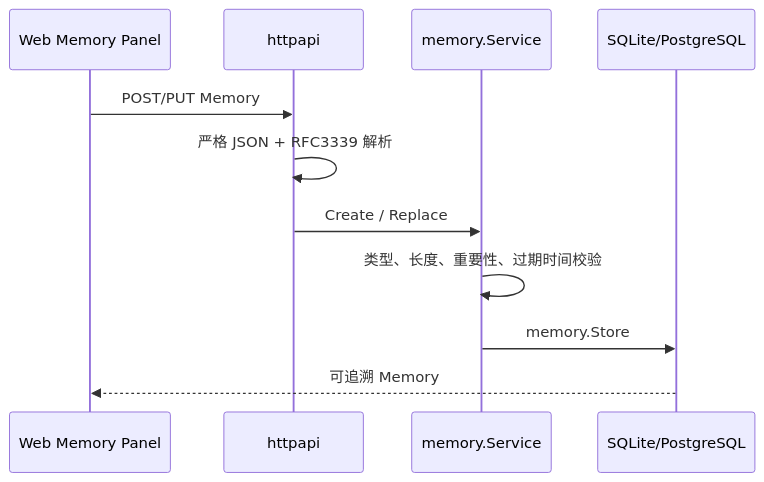
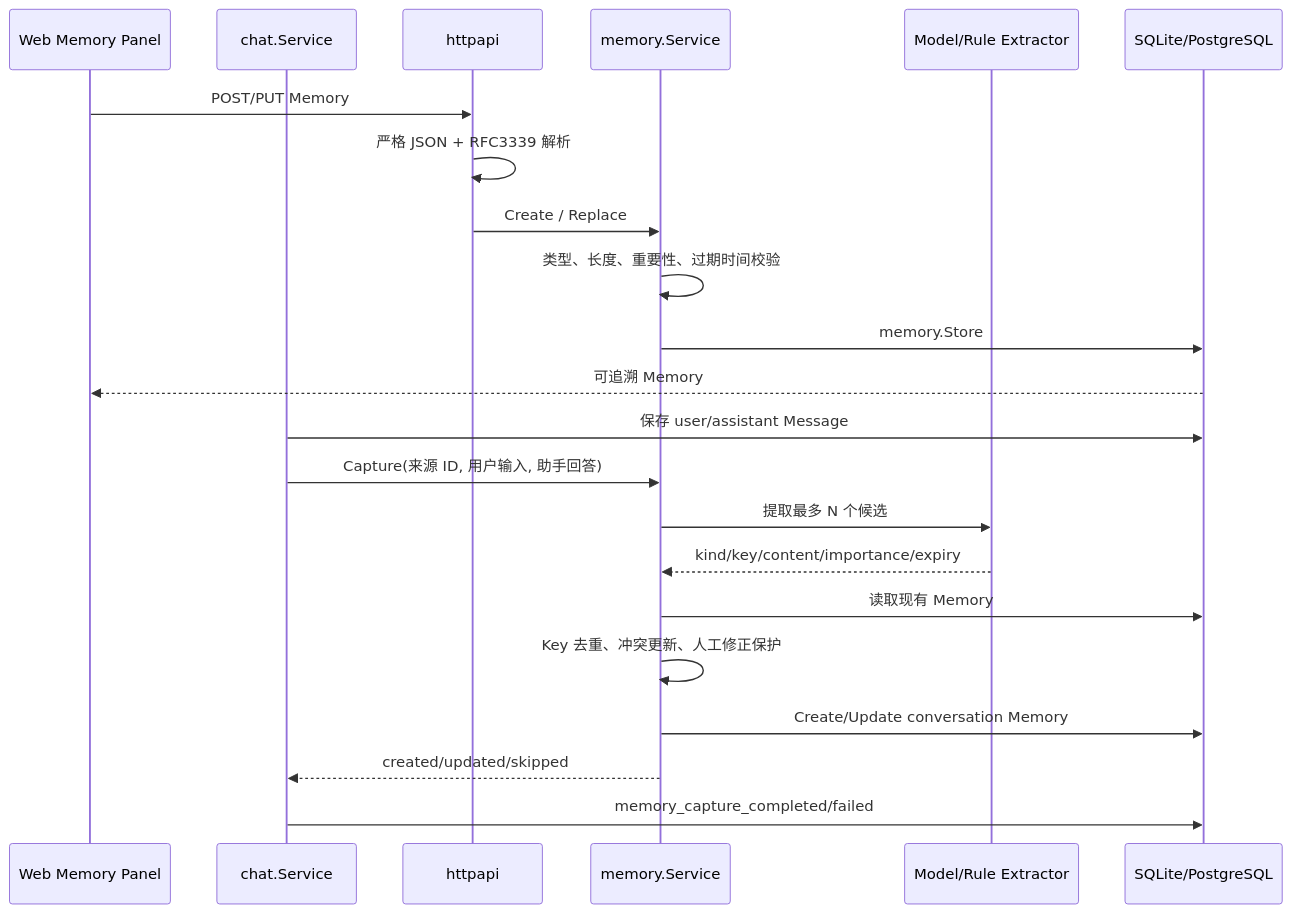
The sixth of 7 diagrams in docs/technical-design.md (zora-DD/zora), drawn with Mermaid before and after one commit. The commit also changed other lines of this file and 26 other files, not shown here.

````diff
--- a/docs/technical-design.md
+++ b/docs/technical-design.md
@@ -437,14 +439,26 @@
 ```mermaid
 sequenceDiagram
     participant UI as Web Memory Panel
+    participant Chat as chat.Service
     participant API as httpapi
     participant Service as memory.Service
+    participant Extractor as Model/Rule Extractor
     participant DB as SQLite/PostgreSQL
 
     UI->>API: POST/PUT Memory
     API->>API: 严格 JSON + RFC3339 解析
     API->>Service: Create / Replace
     Service->>Service: 类型、长度、重要性、过期时间校验
     Service->>DB: memory.Store
     DB-->>UI: 可追溯 Memory
+
+    Chat->>DB: 保存 user/assistant Message
+    Chat->>Service: Capture(来源 ID, 用户输入, 助手回答)
+    Service->>Extractor: 提取最多 N 个候选
+    Extractor-->>Service: kind/key/content/importance/expiry
+    Service->>DB: 读取现有 Memory
+    Service->>Service: Key 去重、冲突更新、人工修正保护
+    Service->>DB: Create/Update conversation Memory
+    Service-->>Chat: created/updated/skipped
+    Chat->>DB: memory_capture_completed/failed
 ```
````
